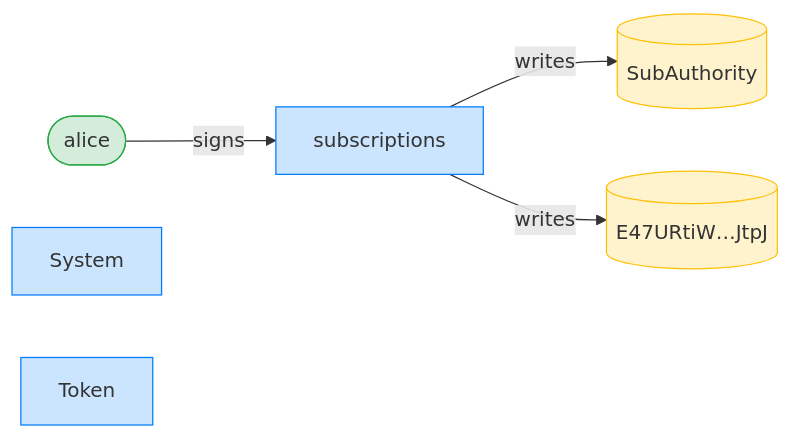
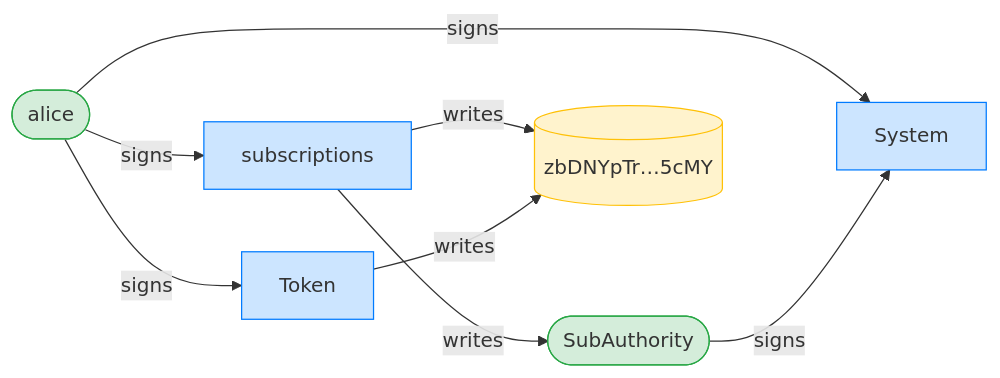
One commit to cds-rs/subscriptions changed the third of 8 diagrams in dsl_tests/subscribe-without-an-authority.md. Above: the diagram before and after it, drawn with Mermaid. The commit also changed other lines of this file and 224 other files, not shown here.

````diff
--- a/dsl_tests/subscribe-without-an-authority.md
+++ b/dsl_tests/subscribe-without-an-authority.md
@@ -55,15 +56,19 @@
 ```mermaid
 flowchart LR
     classDef signer fill:#d4edda,stroke:#28a745;
     classDef program fill:#cce5ff,stroke:#007bff;
     classDef writable fill:#fff3cd,stroke:#ffc107;
     subscriptions[subscriptions]:::program
     alice([alice]):::signer
-    SubAuthority[(SubAuthority)]:::writable
-    E47URtiW_JtpJ[("E47URtiW…JtpJ")]:::writable
+    SubAuthority([SubAuthority]):::signer
+    zbDNYpTr_5cMY[("zbDNYpTr…5cMY")]:::writable
     System[System]:::program
     Token[Token]:::program
     alice -->|signs| subscriptions
+    alice -->|signs| System
+    SubAuthority -->|signs| System
+    alice -->|signs| Token
     subscriptions -->|writes| SubAuthority
-    subscriptions -->|writes| E47URtiW_JtpJ
+    subscriptions -->|writes| zbDNYpTr_5cMY
+    Token -->|writes| zbDNYpTr_5cMY
 ```
````
